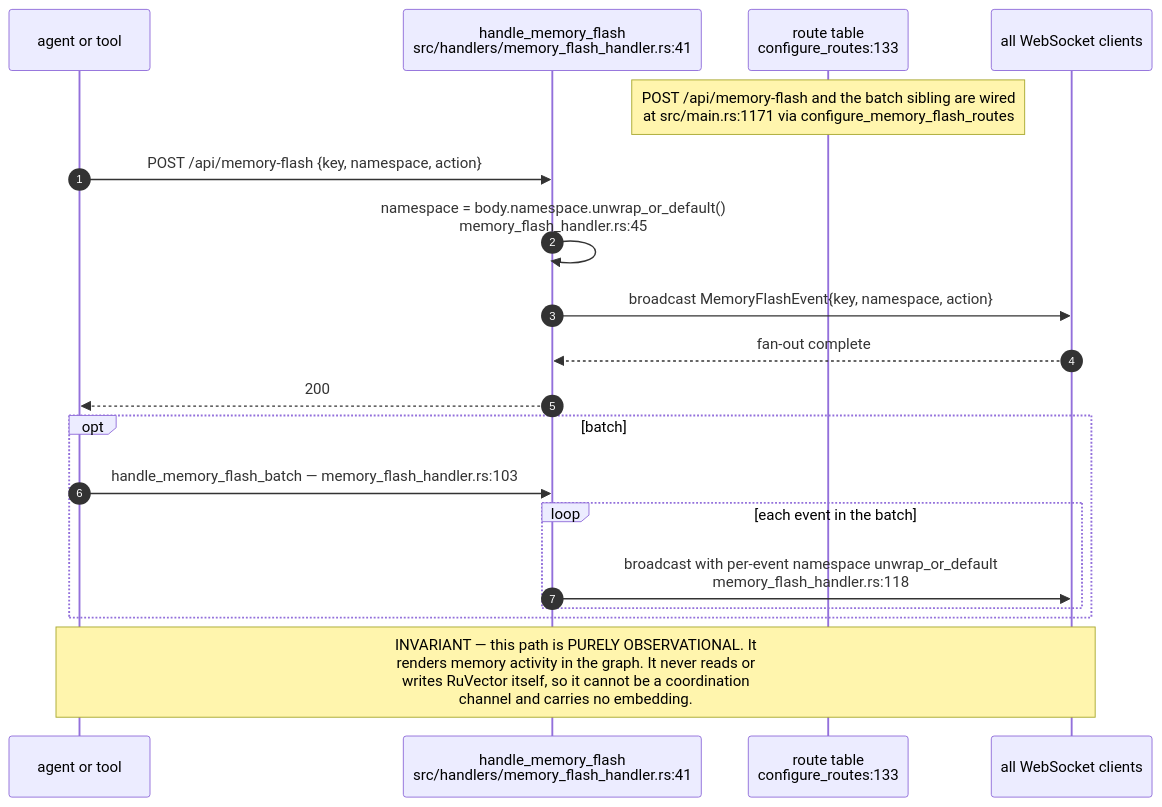
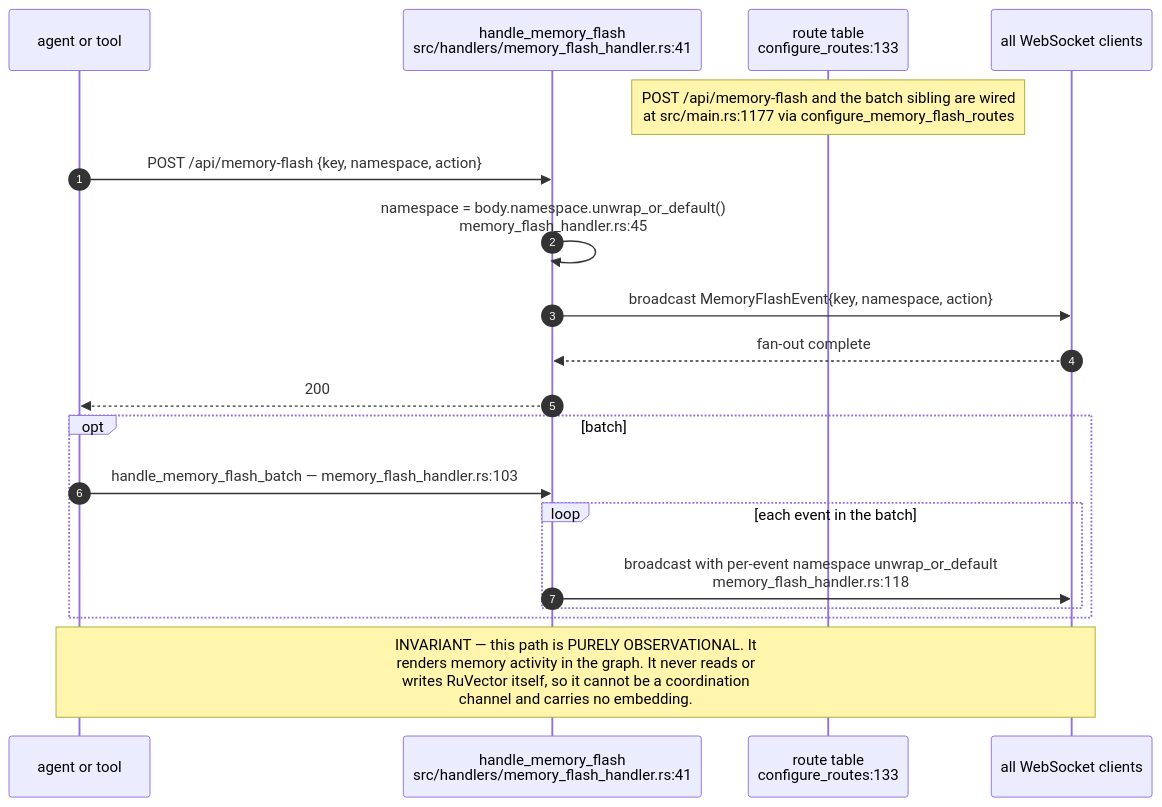
One commit to DreamLab-AI/VisionFlow changed the sixth of 10 diagrams in docs/diagrams/estate/07-memory-and-embedding-estate.md. Above: the diagram before and after it, drawn with Mermaid. The commit also changed other lines of this file and 12 other files, not shown here.

````diff
--- a/docs/diagrams/estate/07-memory-and-embedding-estate.md
+++ b/docs/diagrams/estate/07-memory-and-embedding-estate.md
@@ -184,22 +184,22 @@
 ```mermaid
 sequenceDiagram
     autonumber
     participant AG as agent or tool
     participant H as handle_memory_flash<br/>src/handlers/memory_flash_handler.rs:41
     participant R as route table<br/>configure_routes:133
     participant WS as all WebSocket clients
 
-    Note over R: POST /api/memory-flash and the batch sibling are wired<br/>at src/main.rs:1171 via configure_memory_flash_routes
+    Note over R: POST /api/memory-flash and the batch sibling are wired<br/>at src/main.rs:1177 via configure_memory_flash_routes
     AG->>H: POST /api/memory-flash {key, namespace, action}
     H->>H: namespace = body.namespace.unwrap_or_default()<br/>memory_flash_handler.rs:45
     H->>WS: broadcast MemoryFlashEvent{key, namespace, action}
     WS-->>H: fan-out complete
     H-->>AG: 200
     opt batch
         AG->>H: handle_memory_flash_batch — memory_flash_handler.rs:103
         loop each event in the batch
             H->>WS: broadcast with per-event namespace unwrap_or_default<br/>memory_flash_handler.rs:118
         end
     end
     Note over AG,WS: INVARIANT — this path is PURELY OBSERVATIONAL. It<br/>renders memory activity in the graph. It never reads or<br/>writes RuVector itself, so it cannot be a coordination<br/>channel and carries no embedding.
 ```
````
